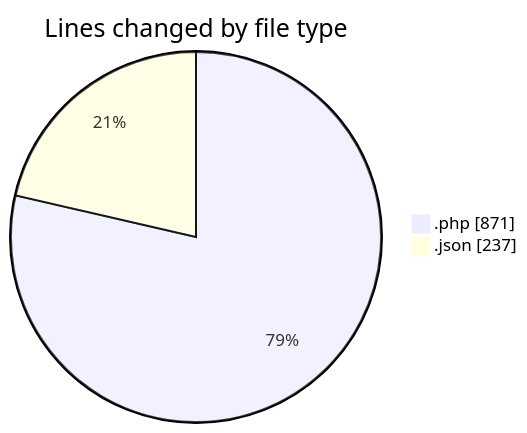
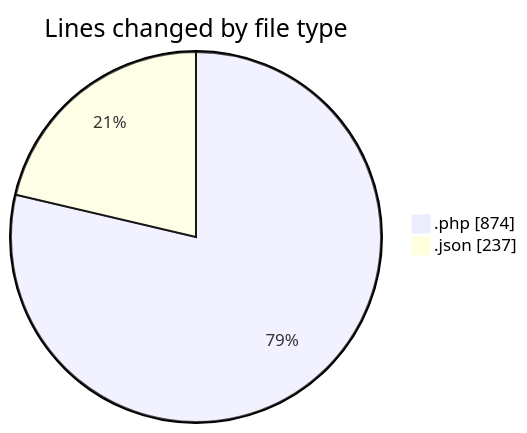
Before and after one commit to idhammustaqopulfikri/code-tracking: the first of 2 diagrams in 2025-06-17/studio-backend/README.md, drawn with Mermaid. The commit also changed other lines of this file and 1 other file, not shown here.

````diff
--- a/2025-06-17/studio-backend/README.md
+++ b/2025-06-17/studio-backend/README.md
@@ -23,6 +23,6 @@
 ```mermaid
 pie showData
 title Lines changed by file type
-".php" : 871
+".php" : 874
 ".json" : 237
 ```
````
